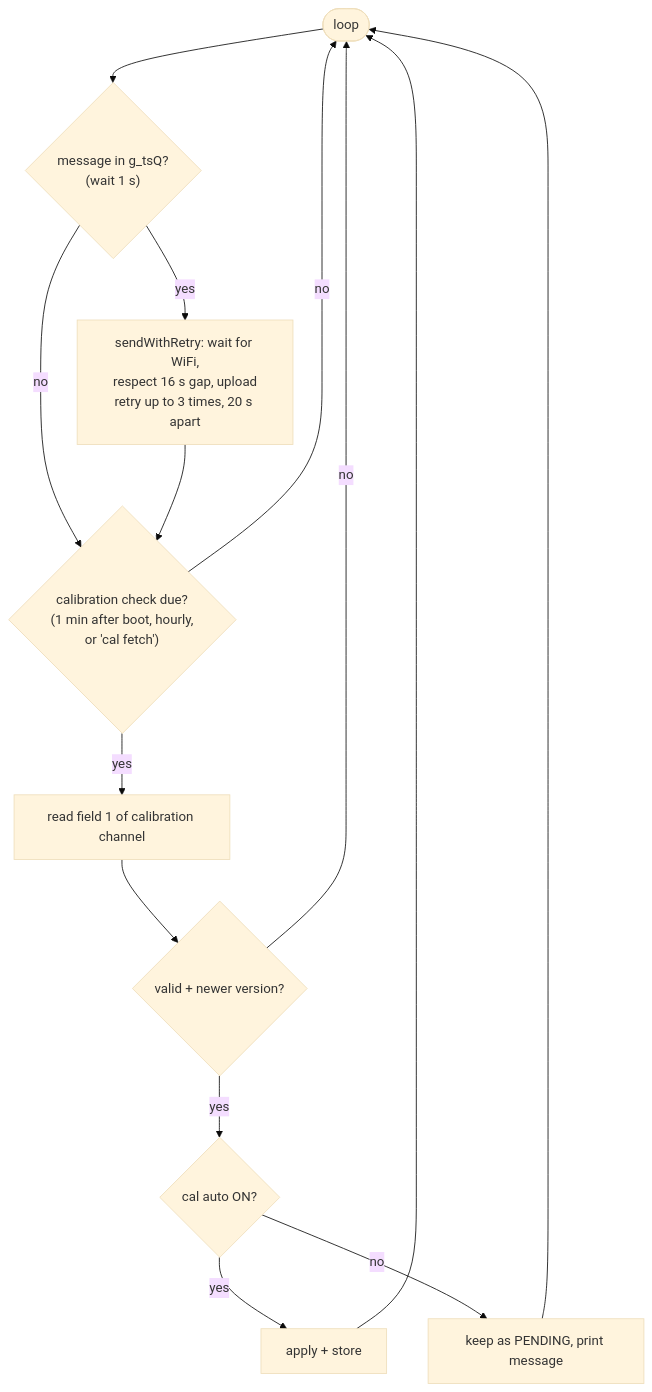
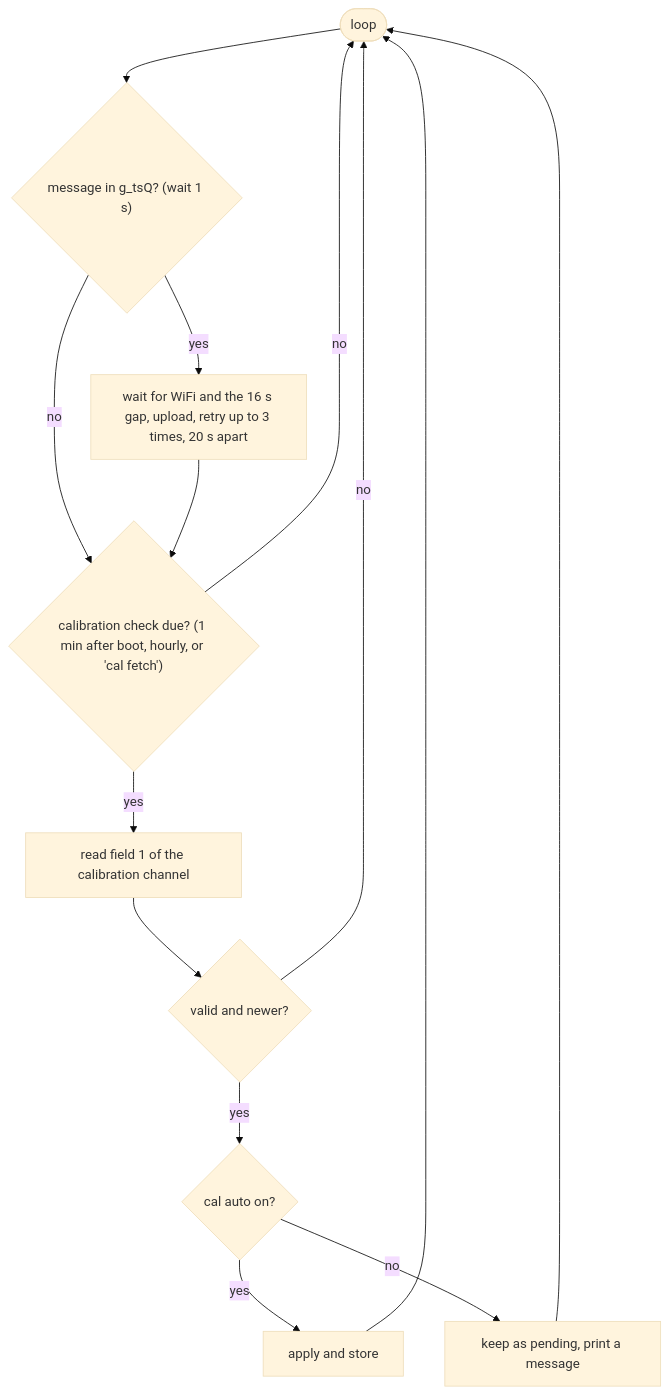
The ninth of 12 diagrams in CODE_EXPLAINED.md (FPetkovski127/PMS_FreeRTOS), drawn with Mermaid (base theme) before and after one commit. The commit also changed other lines of this file and 60 other files, not shown here.

````diff
--- a/CODE_EXPLAINED.md
+++ b/CODE_EXPLAINED.md
@@ -352,13 +317,13 @@
 ```mermaid
 flowchart TD
-  L(["loop"]) --> Q{"message in g_tsQ?<br/>(wait 1 s)"}
-  Q -- yes --> SEND["sendWithRetry: wait for WiFi,<br/>respect 16 s gap, upload<br/>retry up to 3 times, 20 s apart"]
+  L(["loop"]) --> Q{"message in g_tsQ? (wait 1 s)"}
+  Q -- yes --> SEND["wait for WiFi and the 16 s gap, upload, retry up to 3 times, 20 s apart"]
   Q -- no --> D
-  SEND --> D{"calibration check due?<br/>(1 min after boot, hourly,<br/>or 'cal fetch')"}
-  D -- yes --> CHK["read field 1 of calibration channel"] --> P{"valid + newer version?"}
+  SEND --> D{"calibration check due? (1 min after boot, hourly, or 'cal fetch')"}
+  D -- yes --> CHK["read field 1 of the calibration channel"] --> P{"valid and newer?"}
   P -- no --> L
-  P -- yes --> A{"cal auto ON?"}
-  A -- yes --> APPLY["apply + store"] --> L
-  A -- no --> PEND["keep as PENDING, print message"] --> L
+  P -- yes --> A{"cal auto on?"}
+  A -- yes --> APPLY["apply and store"] --> L
+  A -- no --> PEND["keep as pending, print a message"] --> L
   D -- no --> L
 ```
````
